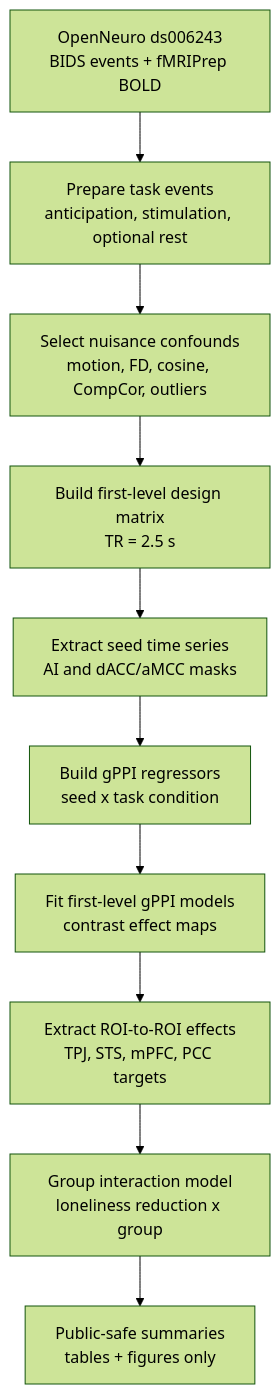
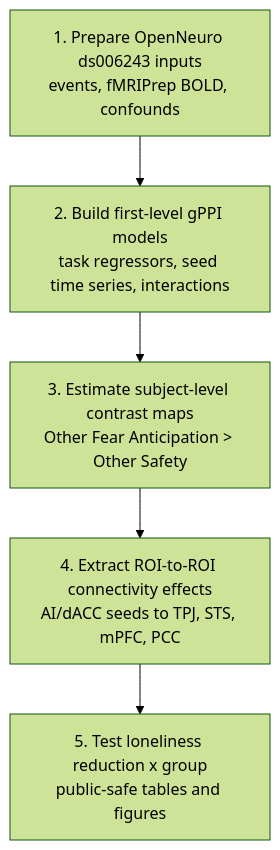
Before and after one commit to jenna0911/lkm-empathic-pain-connectivity: the diagram in README.md, drawn with Mermaid (forest theme). The commit also changed other lines of this file, not shown here.

````diff
--- a/README.md
+++ b/README.md
@@ -71,12 +71,7 @@
 ```mermaid
 flowchart TD
-    A["OpenNeuro ds006243<br/>BIDS events + fMRIPrep BOLD"] --> B["Prepare task events<br/>anticipation, stimulation, optional rest"]
-    B --> C["Select nuisance confounds<br/>motion, FD, cosine, CompCor, outliers"]
-    C --> D["Build first-level design matrix<br/>TR = 2.5 s"]
-    D --> E["Extract seed time series<br/>AI and dACC/aMCC masks"]
-    E --> F["Build gPPI regressors<br/>seed x task condition"]
-    F --> G["Fit first-level gPPI models<br/>contrast effect maps"]
-    G --> H["Extract ROI-to-ROI effects<br/>TPJ, STS, mPFC, PCC targets"]
-    H --> I["Group interaction model<br/>loneliness reduction x group"]
-    I --> J["Public-safe summaries<br/>tables + figures only"]
+    A["1. Prepare OpenNeuro ds006243 inputs<br/>events, fMRIPrep BOLD, confounds"] --> B["2. Build first-level gPPI models<br/>task regressors, seed time series, interactions"]
+    B --> C["3. Estimate subject-level contrast maps<br/>Other Fear Anticipation > Other Safety"]
+    C --> D["4. Extract ROI-to-ROI connectivity effects<br/>AI/dACC seeds to TPJ, STS, mPFC, PCC"]
+    D --> E["5. Test loneliness reduction x group<br/>public-safe tables and figures"]
 ```
````
